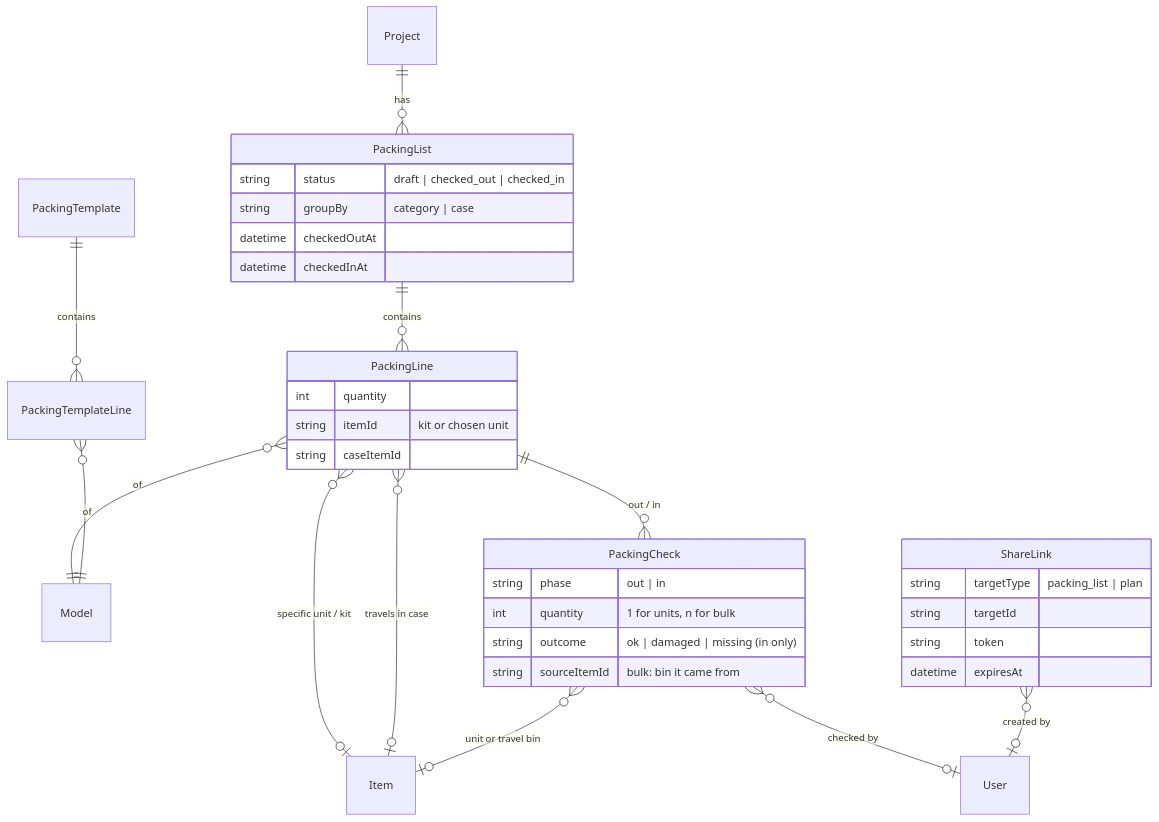
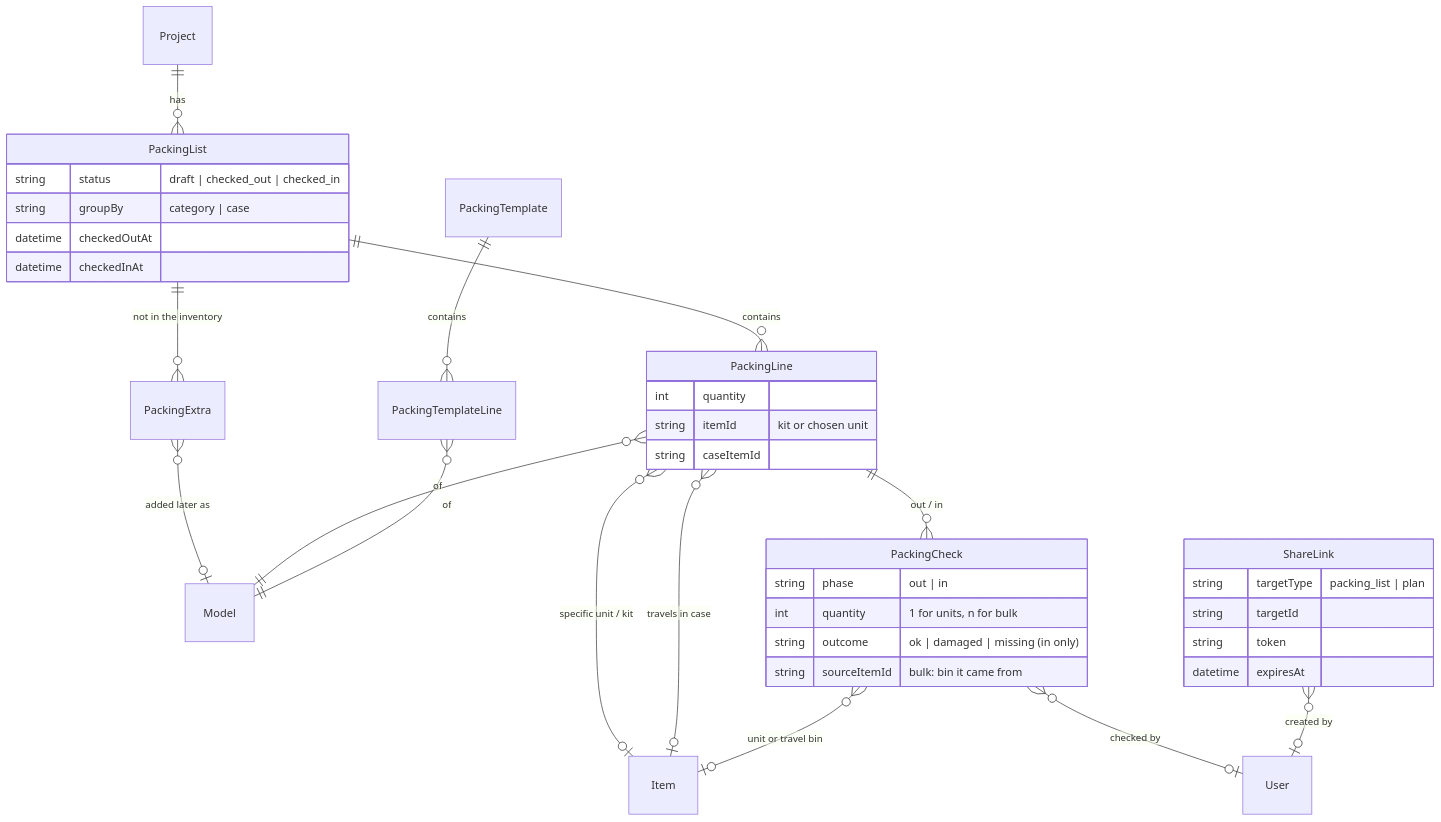
One commit to vertigojeppe/vertigo-gear-management changed the fourth of 6 diagrams in docs/ARCHITECTURE.md. Above: the diagram before and after it, drawn with Mermaid. The commit also changed other lines of this file and 21 other files, not shown here.

First line of the commit message:
Packing lists: lines for things not in the inventory

````diff
--- a/docs/ARCHITECTURE.md
+++ b/docs/ARCHITECTURE.md
@@ -212,38 +212,40 @@
 ```mermaid
 erDiagram
   Project ||--o{ PackingList : has
   PackingList ||--o{ PackingLine : contains
+  PackingList ||--o{ PackingExtra : "not in the inventory"
+  PackingExtra }o--o| Model : "added later as"
   PackingLine }o--|| Model : "of"
   PackingLine }o--o| Item : "specific unit / kit"
   PackingLine }o--o| Item : "travels in case"
   PackingLine ||--o{ PackingCheck : "out / in"
   PackingCheck }o--o| Item : "unit or travel bin"
   PackingCheck }o--o| User : "checked by"
   PackingTemplate ||--o{ PackingTemplateLine : contains
   PackingTemplateLine }o--|| Model : "of"
   ShareLink }o--o| User : "created by"
 
   PackingList {
     string status "draft | checked_out | checked_in"
     string groupBy "category | case"
     datetime checkedOutAt
     datetime checkedInAt
   }
   PackingLine {
     int quantity
     string itemId "kit or chosen unit"
     string caseItemId
   }
   PackingCheck {
     string phase "out | in"
     int quantity "1 for units, n for bulk"
     string outcome "ok | damaged | missing (in only)"
     string sourceItemId "bulk: bin it came from"
   }
   ShareLink {
     string targetType "packing_list | plan"
     string targetId
     string token
     datetime expiresAt
   }
 ```
````
